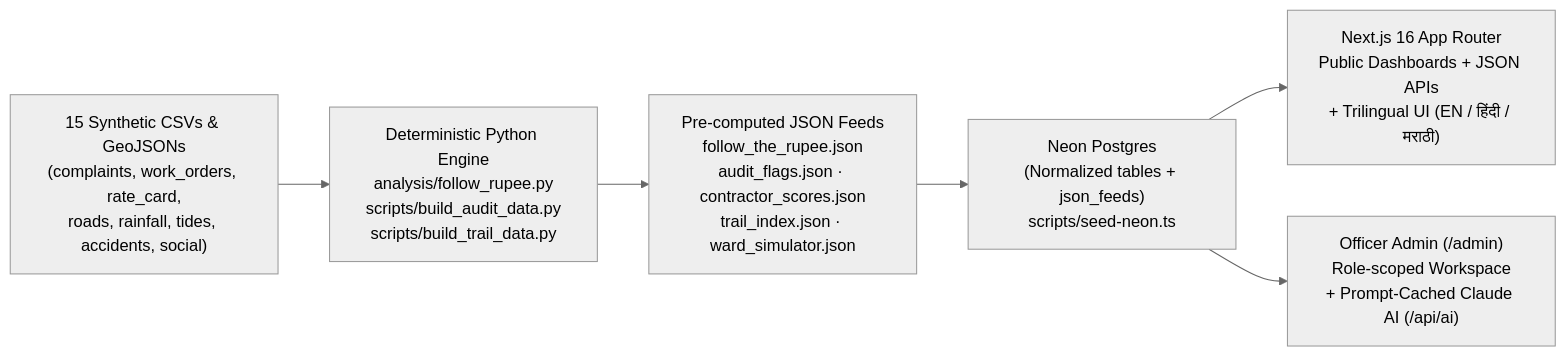
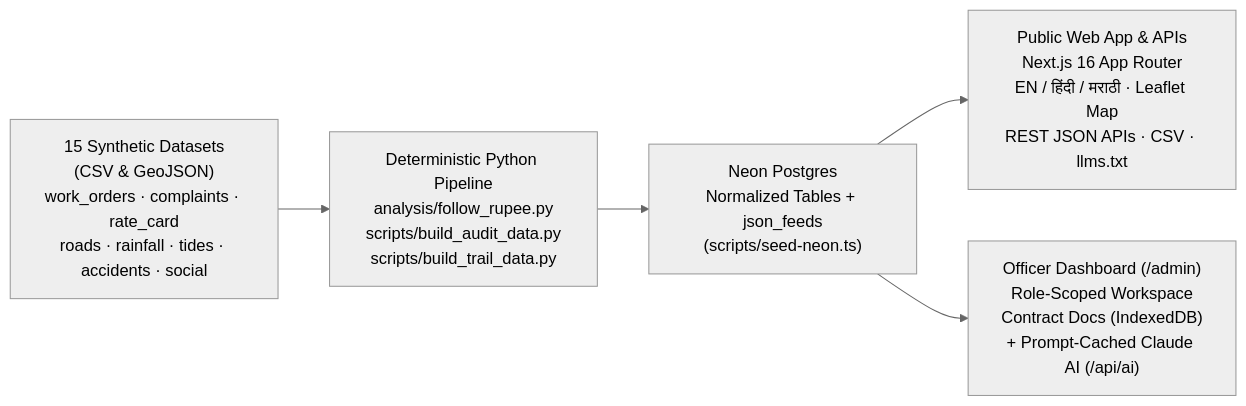
One commit to akashupase/claude-hackathon-2026 changed the first of 4 diagrams in README.md. Above: the diagram before and after it, drawn with Mermaid (neutral theme). The commit also changed other lines of this file, not shown here.

````diff
--- a/README.md
+++ b/README.md
@@ -28,8 +28,7 @@
 ```mermaid
 flowchart LR
-    A["15 Synthetic CSVs & GeoJSONs<br/>(complaints, work_orders, rate_card,<br/>roads, rainfall, tides, accidents, social)"] --> B["Deterministic Python Engine<br/>analysis/follow_rupee.py<br/>scripts/build_audit_data.py<br/>scripts/build_trail_data.py"]
-    B --> C["Pre-computed JSON Feeds<br/>follow_the_rupee.json<br/>audit_flags.json · contractor_scores.json<br/>trail_index.json · ward_simulator.json"]
-    C --> D["Neon Postgres<br/>(Normalized tables + json_feeds)<br/>scripts/seed-neon.ts"]
-    D --> E["Next.js 16 App Router<br/>Public Dashboards + JSON APIs<br/>+ Trilingual UI (EN / हिंदी / मराठी)"]
-    D --> F["Officer Admin (/admin)<br/>Role-scoped Workspace<br/>+ Prompt-Cached Claude AI (/api/ai)"]
+    A["15 Synthetic Datasets<br/>(CSV & GeoJSON)<br/>work_orders · complaints · rate_card<br/>roads · rainfall · tides · accidents · social"] --> B["Deterministic Python Pipeline<br/>analysis/follow_rupee.py<br/>scripts/build_audit_data.py<br/>scripts/build_trail_data.py"]
+    B --> C["Neon Postgres<br/>Normalized Tables + json_feeds<br/>(scripts/seed-neon.ts)"]
+    C --> D["Public Web App & APIs<br/>Next.js 16 App Router<br/>EN / हिंदी / मराठी · Leaflet Map<br/>REST JSON APIs · CSV · llms.txt"]
+    C --> E["Officer Dashboard (/admin)<br/>Role-Scoped Workspace<br/>Contract Docs (IndexedDB)<br/>+ Prompt-Cached Claude AI (/api/ai)"]
 ```
````
